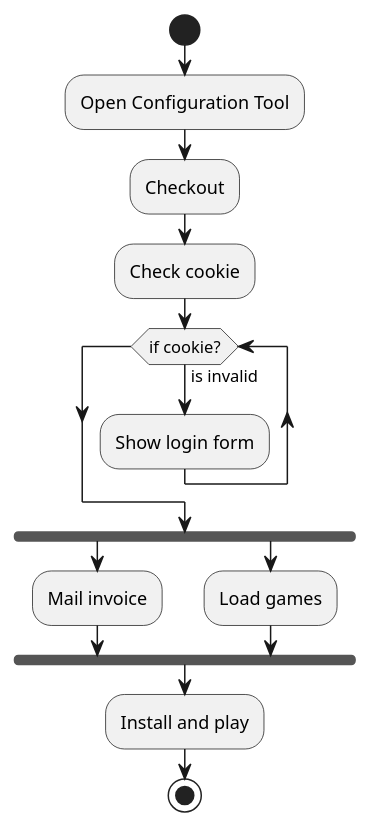
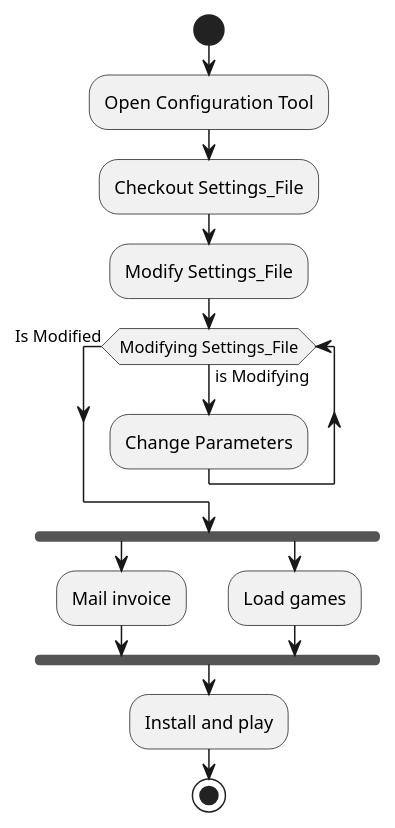
Before and after one commit to wjelston/wallaceelston.github.io: the diagram in Configurations and Capabilities/Images/Config_activity_diagram.wsd, drawn with PlantUML. The commit also changed 1 other file, not shown here.

Commit message:
changed activitiy diagram size to 500

```diff
--- a/Configurations and Capabilities/Images/Config_activity_diagram.wsd
+++ b/Configurations and Capabilities/Images/Config_activity_diagram.wsd
@@ -3,20 +3,20 @@
 @startuml Config
 
     scale 1
 
     start
         :Open Configuration Tool;
-        :Checkout;
-        :Check cookie;
-        while (if cookie?) is (is invalid)
-        :Show login form;
-        endwhile
+        :Checkout Settings_File;
+        :Modify Settings_File;
+        while (Modifying Settings_File) is (is Modifying)
+        :Change Parameters;
+        endwhile (Is Modified)
         fork
         :Mail invoice;
         fork again
         :Load games;
         end fork
         :Install and play;
     stop
 
 @enduml
```
